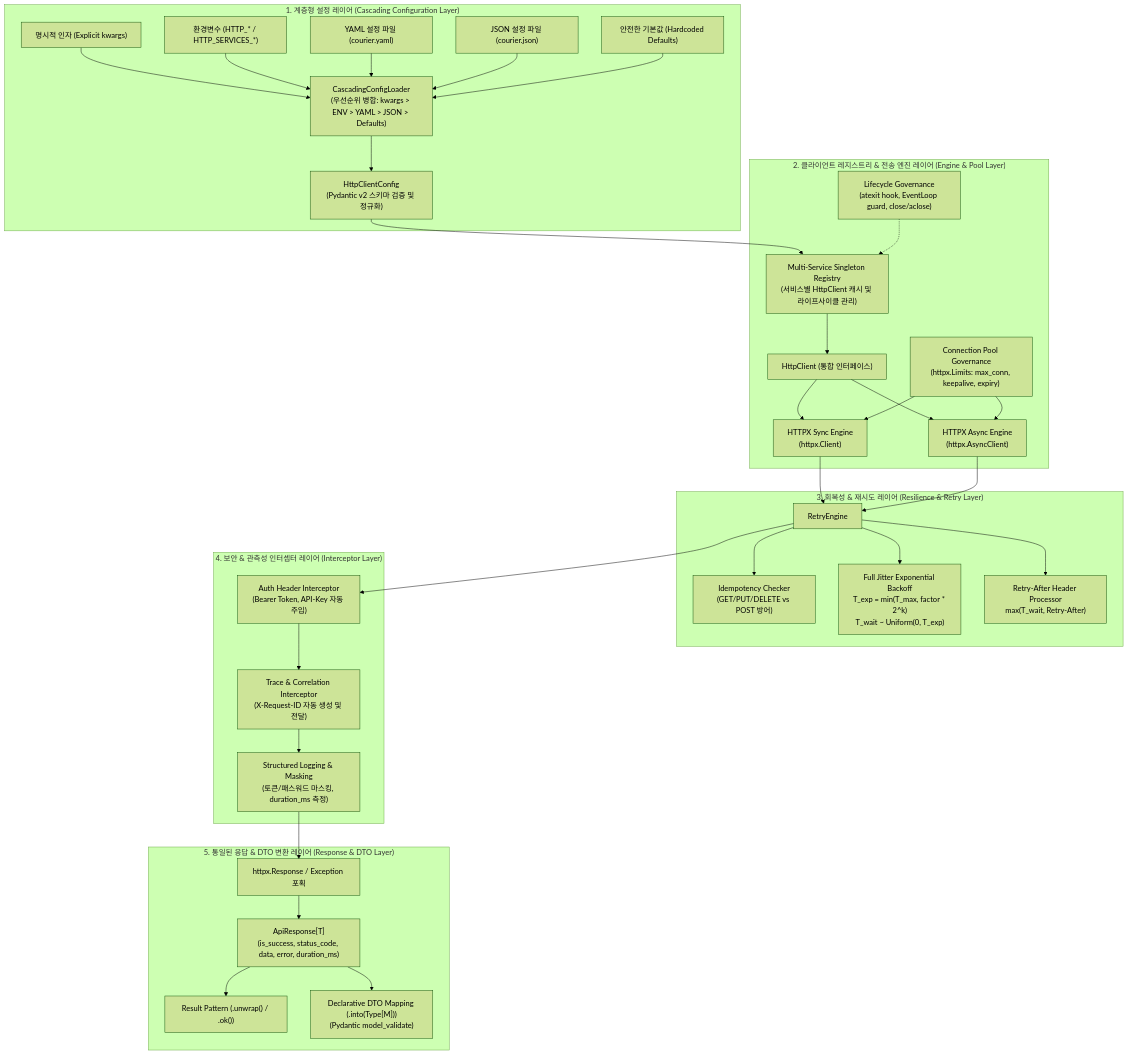
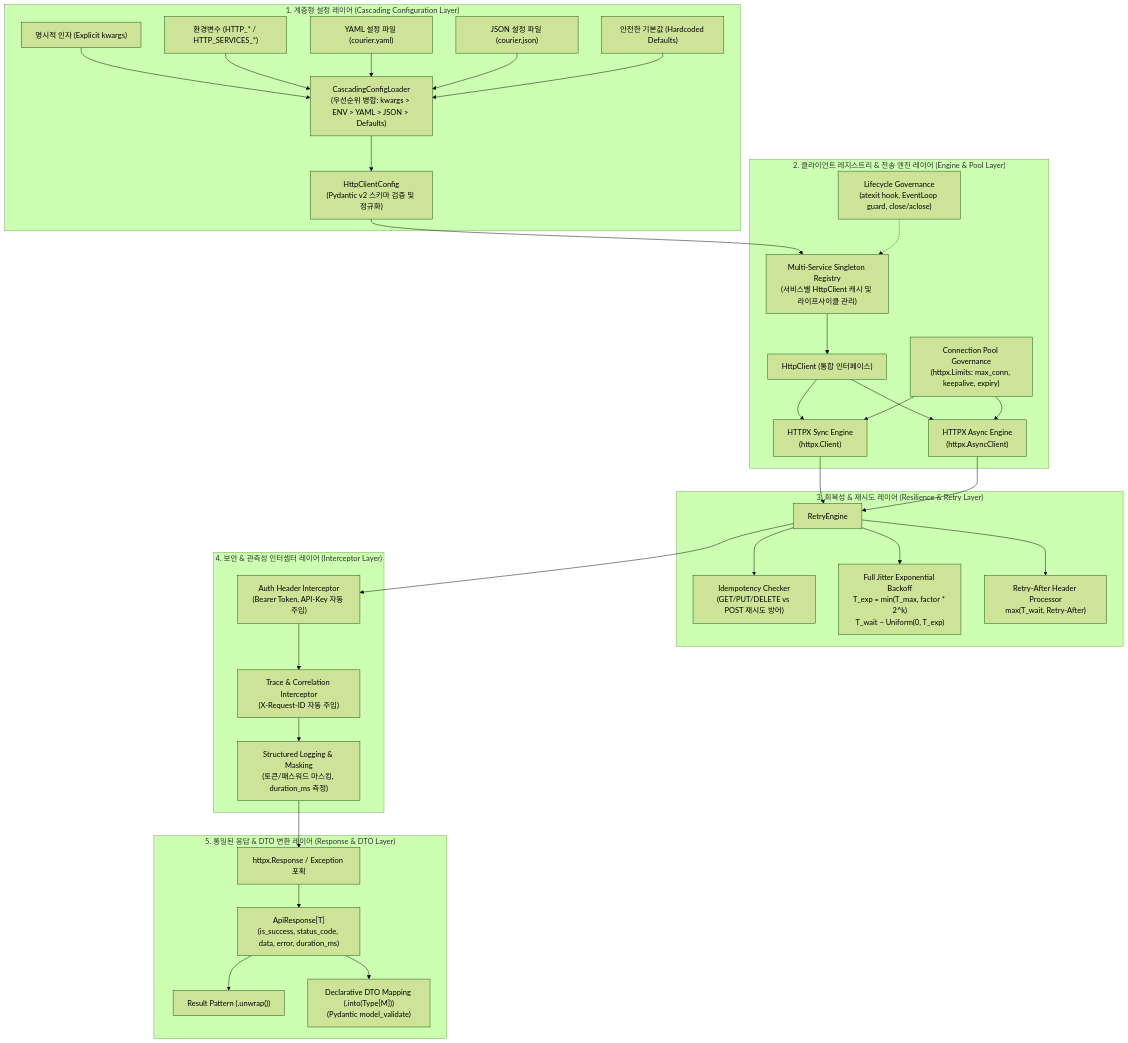
One commit to ozplayground/python-package changed the diagram in docs/courier/fullstack-architect/01_ARCHITECTURE_ADR.md. Above: the diagram before and after it, drawn with Mermaid (forest theme). The commit also changed other lines of this file and 53 other files, not shown here.

````diff
--- a/docs/courier/fullstack-architect/01_ARCHITECTURE_ADR.md
+++ b/docs/courier/fullstack-architect/01_ARCHITECTURE_ADR.md
@@ -47,71 +47,71 @@
 ```mermaid
 flowchart TD
     subgraph ConfigLayer ["1. 계층형 설정 레이어 (Cascading Configuration Layer)"]
         KWARGS["명시적 인자 (Explicit kwargs)"]
         ENV["환경변수 (HTTP_* / HTTP_SERVICES_*)"]
         YAML["YAML 설정 파일 (courier.yaml)"]
         JSON["JSON 설정 파일 (courier.json)"]
         DEFAULTS["안전한 기본값 (Hardcoded Defaults)"]
         LOADER["CascadingConfigLoader<br/>(우선순위 병합: kwargs > ENV > YAML > JSON > Defaults)"]
         SETTINGS["HttpClientConfig<br/>(Pydantic v2 스키마 검증 및 정규화)"]
 
         KWARGS --> LOADER
         ENV --> LOADER
         YAML --> LOADER
         JSON --> LOADER
         DEFAULTS --> LOADER
         LOADER --> SETTINGS
     end
 
     subgraph EngineLayer ["2. 클라이언트 레지스트리 & 전송 엔진 레이어 (Engine & Pool Layer)"]
         REGISTRY["Multi-Service Singleton Registry<br/>(서비스별 HttpClient 캐시 및 라이프사이클 관리)"]
         HTTP_CLIENT["HttpClient (통합 인터페이스)"]
         SYNC_ENGINE["HTTPX Sync Engine<br/>(httpx.Client)"]
         ASYNC_ENGINE["HTTPX Async Engine<br/>(httpx.AsyncClient)"]
         LIMITS["Connection Pool Governance<br/>(httpx.Limits: max_conn, keepalive, expiry)"]
         LIFECYCLE["Lifecycle Governance<br/>(atexit hook, EventLoop guard, close/aclose)"]
 
         SETTINGS --> REGISTRY
         REGISTRY --> HTTP_CLIENT
         HTTP_CLIENT --> SYNC_ENGINE
         HTTP_CLIENT --> ASYNC_ENGINE
         LIMITS --> SYNC_ENGINE
         LIMITS --> ASYNC_ENGINE
         LIFECYCLE -.-> REGISTRY
     end
 
     subgraph ResilienceLayer ["3. 회복성 & 재시도 레이어 (Resilience & Retry Layer)"]
         RETRY_ENGINE["RetryEngine"]
-        IDEMPOTENCY["Idempotency Checker<br/>(GET/PUT/DELETE vs POST 방어)"]
+        IDEMPOTENCY["Idempotency Checker<br/>(GET/PUT/DELETE vs POST 재시도 방어)"]
         BACKOFF["Full Jitter Exponential Backoff<br/>T_exp = min(T_max, factor * 2^k)<br/>T_wait ~ Uniform(0, T_exp)"]
         RETRY_AFTER["Retry-After Header Processor<br/>max(T_wait, Retry-After)"]
 
         SYNC_ENGINE --> RETRY_ENGINE
         ASYNC_ENGINE --> RETRY_ENGINE
         RETRY_ENGINE --> IDEMPOTENCY
         RETRY_ENGINE --> BACKOFF
         RETRY_ENGINE --> RETRY_AFTER
     end
 
     subgraph InterceptorLayer ["4. 보안 & 관측성 인터셉터 레이어 (Interceptor Layer)"]
         AUTH["Auth Header Interceptor<br/>(Bearer Token, API-Key 자동 주입)"]
-        CORRELATION["Trace & Correlation Interceptor<br/>(X-Request-ID 자동 생성 및 전달)"]
+        CORRELATION["Trace & Correlation Interceptor<br/>(X-Request-ID 자동 주입)"]
         LOG_MASK["Structured Logging & Masking<br/>(토큰/패스워드 마스킹, duration_ms 측정)"]
 
         RETRY_ENGINE --> AUTH
         AUTH --> CORRELATION
         CORRELATION --> LOG_MASK
     end
 
     subgraph ResponseLayer ["5. 통일된 응답 & DTO 변환 레이어 (Response & DTO Layer)"]
         RAW_RESP["httpx.Response / Exception 포획"]
         API_RESP["ApiResponse[T]<br/>(is_success, status_code, data, error, duration_ms)"]
-        UNWRAP["Result Pattern (.unwrap() / .ok())"]
+        UNWRAP["Result Pattern (.unwrap())"]
         INTO["Declarative DTO Mapping (.into(Type[M]))<br/>(Pydantic model_validate)"]
 
         LOG_MASK --> RAW_RESP
         RAW_RESP --> API_RESP
         API_RESP --> UNWRAP
         API_RESP --> INTO
     end
 ```
````
